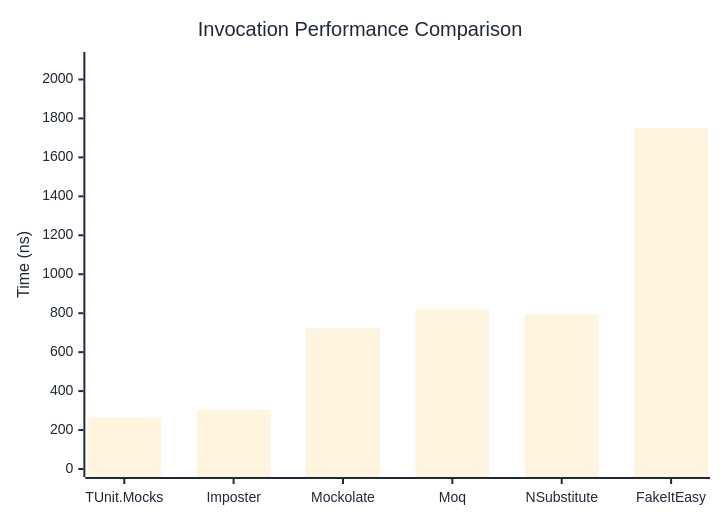
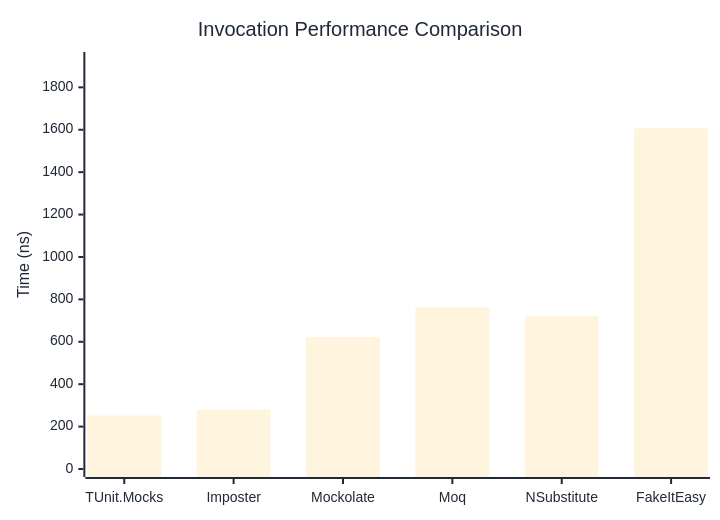
Before and after one commit to thomhurst/TUnit: the first of 3 diagrams in docs/docs/benchmarks/mocks/Invocation.md, drawn with Mermaid. The commit also changed other lines of this file and 14 other files, not shown here.

````diff
--- a/docs/docs/benchmarks/mocks/Invocation.md
+++ b/docs/docs/benchmarks/mocks/Invocation.md
@@ -28,27 +28,27 @@
 ```mermaid
 %%{init: {
   'theme':'base',
   'themeVariables': {
     'primaryColor': '#2563eb',
     'primaryTextColor': '#1f2937',
     'primaryBorderColor': '#1e40af',
     'lineColor': '#6b7280',
     'secondaryColor': '#7c3aed',
     'tertiaryColor': '#dc2626',
     'background': '#ffffff',
     'pie1': '#2563eb',
     'pie2': '#7c3aed',
     'pie3': '#dc2626',
     'pie4': '#f59e0b',
     'pie5': '#10b981',
     'pie6': '#06b6d4',
     'pie7': '#ec4899',
     'pie8': '#6366f1'
   }
 }}%%
 xychart-beta
   title "Invocation Performance Comparison"
   x-axis ["TUnit.Mocks", "Imposter", "Mockolate", "Moq", "NSubstitute", "FakeItEasy"]
-  y-axis "Time (ns)" 0 --> 2100
-  bar [261.2, 303.7, 722.9, 820.6, 794, 1749.6]
+  y-axis "Time (ns)" 0 --> 1929
+  bar [252.1, 280.5, 622, 762.4, 721, 1606.8]
 ```
````
